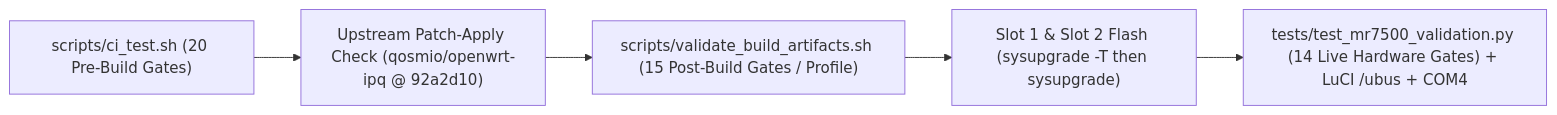
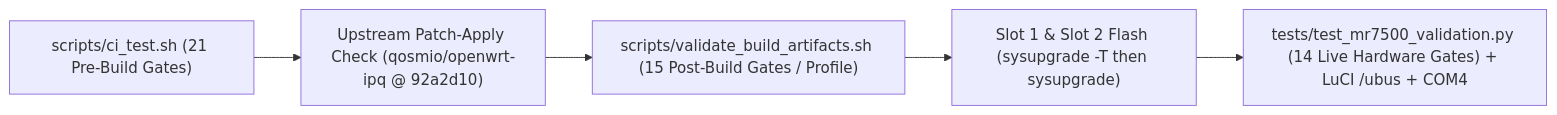
One commit to SanjayRavindran/Linksys-MR7500-NSS changed the diagram in .agents/skills/mr7500-nss-openwrt/references/test-cases.md. Above: the diagram before and after it, drawn with Mermaid. The commit also changed other lines of this file and 11 other files, not shown here.

````diff
--- a/.agents/skills/mr7500-nss-openwrt/references/test-cases.md
+++ b/.agents/skills/mr7500-nss-openwrt/references/test-cases.md
@@ -5,7 +5,7 @@
 ```mermaid
 flowchart LR
-    CI["scripts/ci_test.sh (20 Pre-Build Gates)"] --> PA["Upstream Patch-Apply Check (qosmio/openwrt-ipq @ 92a2d10)"]
+    CI["scripts/ci_test.sh (21 Pre-Build Gates)"] --> PA["Upstream Patch-Apply Check (qosmio/openwrt-ipq @ 92a2d10)"]
     PA --> ART["scripts/validate_build_artifacts.sh (15 Post-Build Gates / Profile)"]
     ART --> FL["Slot 1 & Slot 2 Flash (sysupgrade -T then sysupgrade)"]
     FL --> LIVE["tests/test_mr7500_validation.py (14 Live Hardware Gates) + LuCI /ubus + COM4"]
 ```
````
